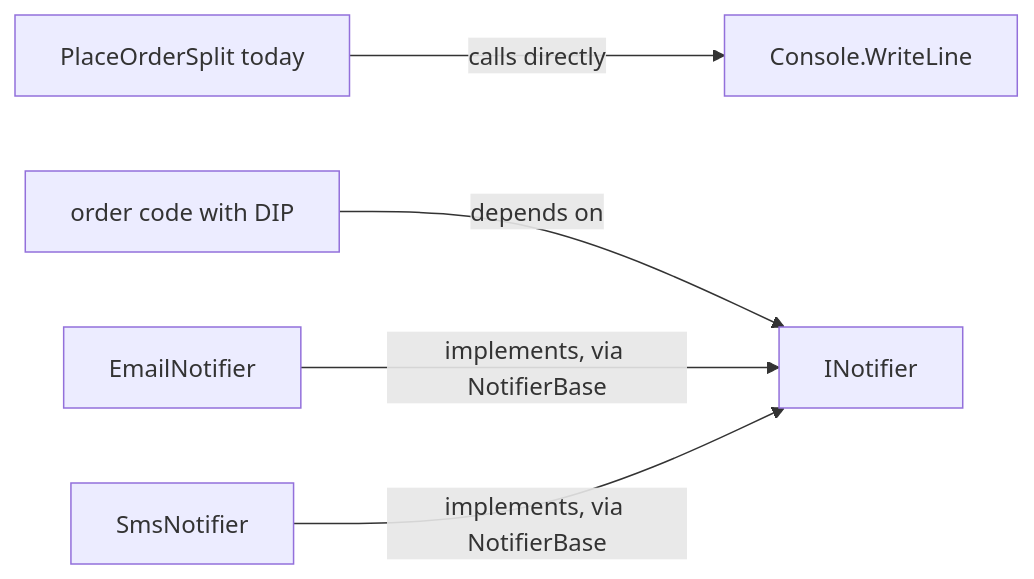
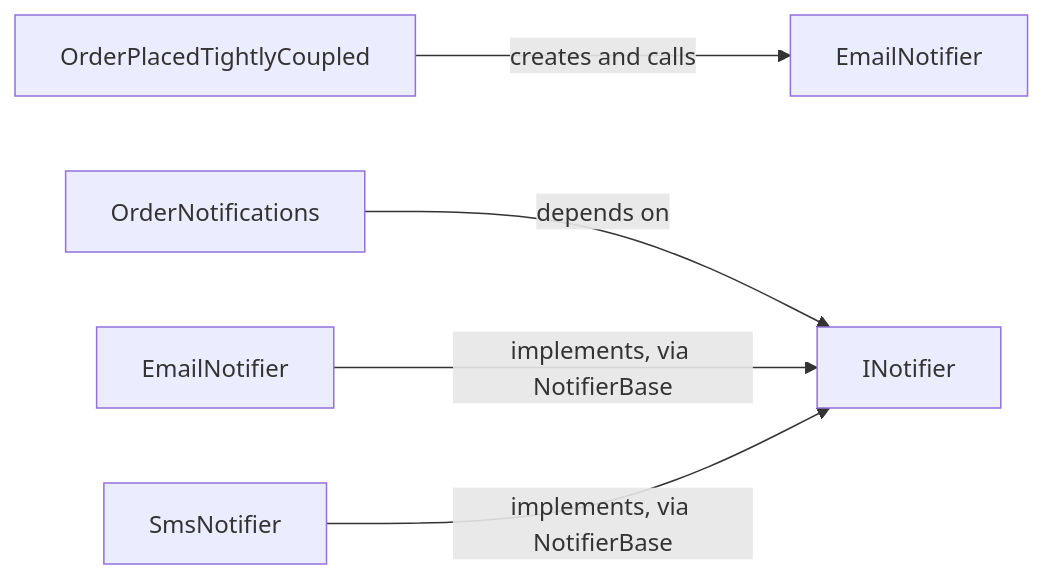
The diagram in content/tracks/design/solid/design.l1.solid-dip.en.md (duyan11110/lo-trinh-architect), drawn with Mermaid before and after one commit. The commit also changed other lines of this file and 5 other files, not shown here.

Commit message:
lesson: regenerate design.l1.solid-dip at stage-1 (draft); LoggingNotifier in example_files

````diff
--- a/content/tracks/design/solid/design.l1.solid-dip.en.md
+++ b/content/tracks/design/solid/design.l1.solid-dip.en.md
@@ -40,7 +40,7 @@
 ```mermaid
 flowchart LR
-  P1[PlaceOrderSplit today] -->|calls directly| CW[Console.WriteLine]
-  P2[order code with DIP] -->|depends on| I[INotifier]
-  E[EmailNotifier] -->|implements, via NotifierBase| I
+  T[OrderPlacedTightlyCoupled] -->|creates and calls| E[EmailNotifier]
+  N[OrderNotifications] -->|depends on| I[INotifier]
+  E2[EmailNotifier] -->|implements, via NotifierBase| I
   S[SmsNotifier] -->|implements, via NotifierBase| I
 ```
````
